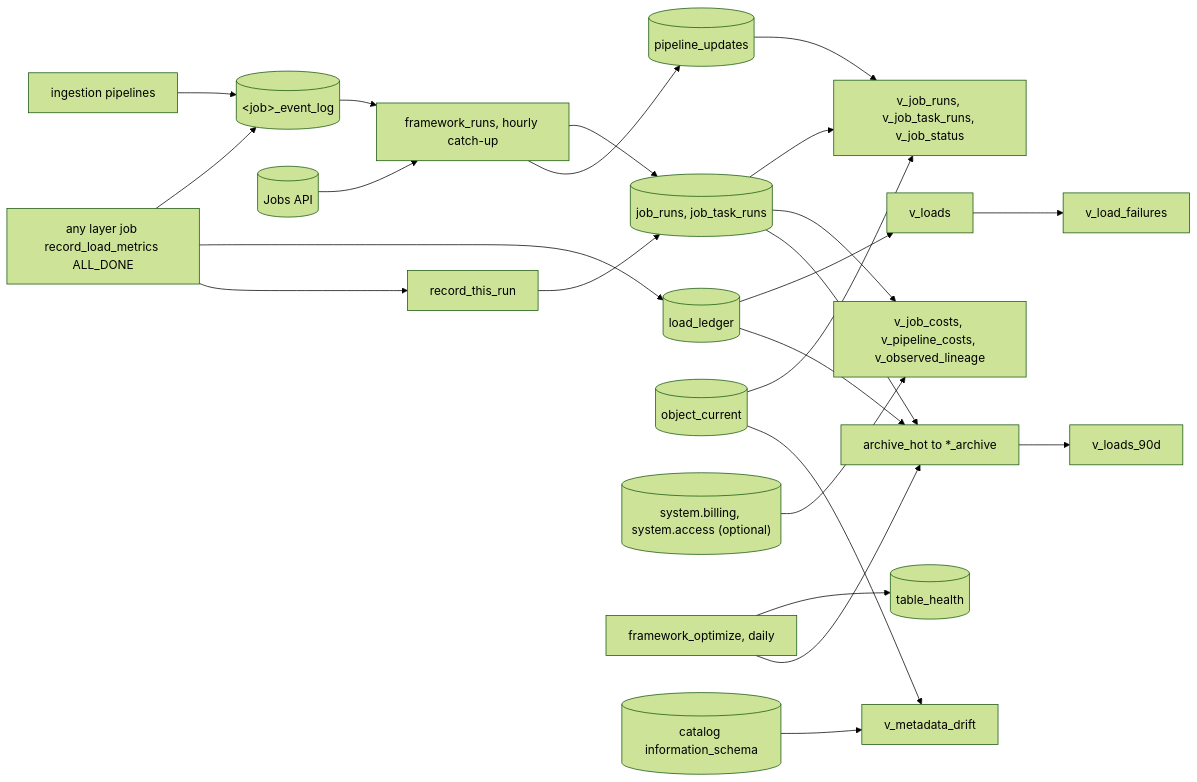
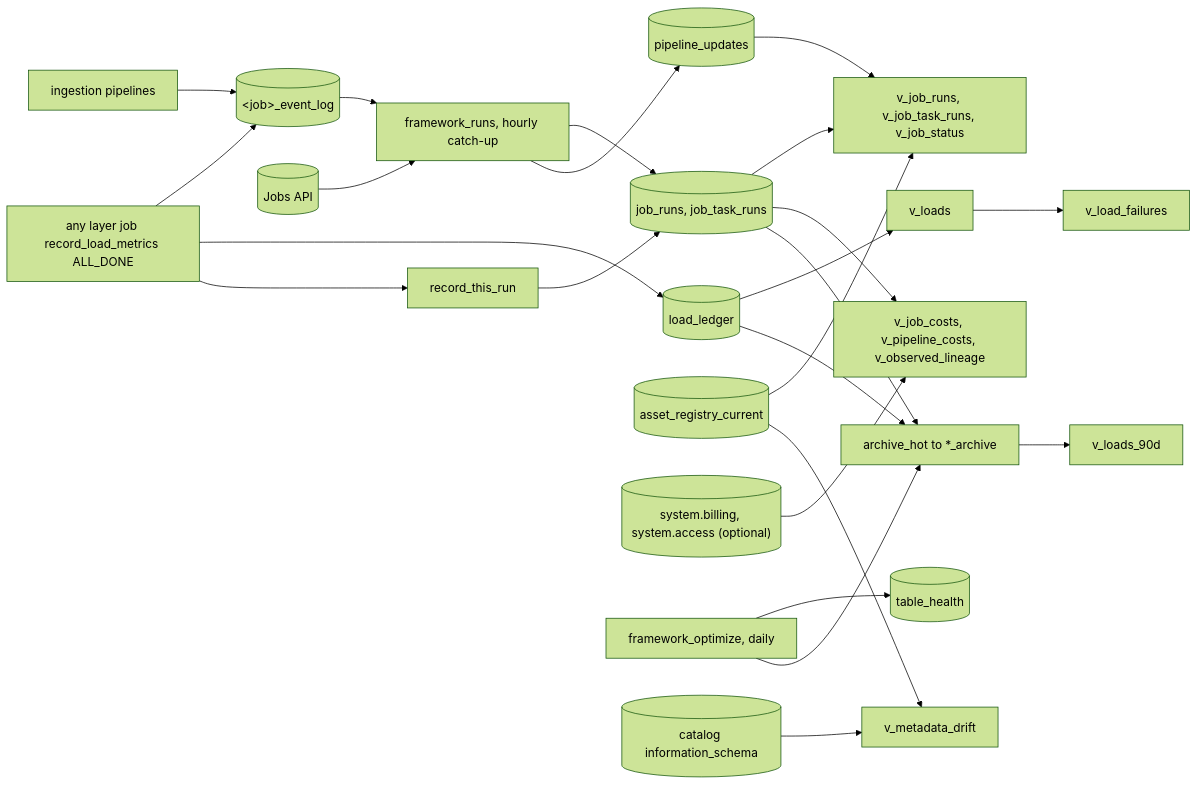
One commit to NitinKeshavB/framework changed the fourth of 9 diagrams in framework_docs/ARCHITECTURE.md. Above: the diagram before and after it, drawn with Mermaid (forest theme). The commit also changed other lines of this file and 19 other files, not shown here.

````diff
--- a/framework_docs/ARCHITECTURE.md
+++ b/framework_docs/ARCHITECTURE.md
@@ -99,26 +99,26 @@
 ```mermaid
 flowchart LR
   ingestionPipelines[ingestion pipelines] --> eventLogs[("&lt;job&gt;_event_log")]
   anyJob[any layer job record_load_metrics ALL_DONE] --> eventLogs
   anyJob --> ledger[(load_ledger)]
   ledger --> loads[v_loads]
   loads --> failures[v_load_failures]
   anyJob --> recordThisRun[record_this_run]
   recordThisRun --> runTables[(job_runs, job_task_runs)]
   jobsApi[(Jobs API)] --> runsJob[framework_runs, hourly catch-up]
   eventLogs --> runsJob
   runsJob --> runTables
   runsJob --> updates[(pipeline_updates)]
   runTables --> runViews[v_job_runs, v_job_task_runs, v_job_status]
   updates --> runViews
-  registry[(object_current)] --> runViews
+  registry[(asset_registry_current)] --> runViews
   systemTables[("system.billing, system.access (optional)")] --> costViews[v_job_costs, v_pipeline_costs, v_observed_lineage]
   runTables --> costViews
   optimize[framework_optimize, daily] --> health[(table_health)]
   optimize --> archive[archive_hot to *_archive]
   ledger --> archive
   runTables --> archive
   archive --> loads90[v_loads_90d]
   registry --> metadataDrift[v_metadata_drift]
   infoSchema[(catalog information_schema)] --> metadataDrift
 ```
````
